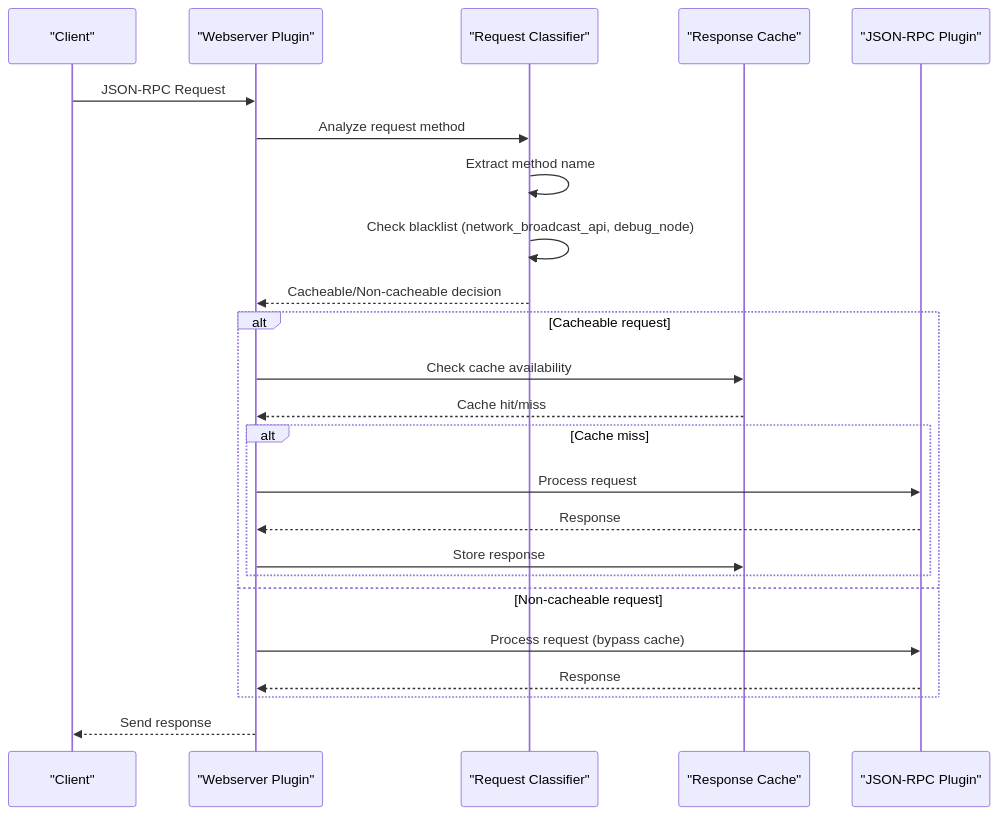
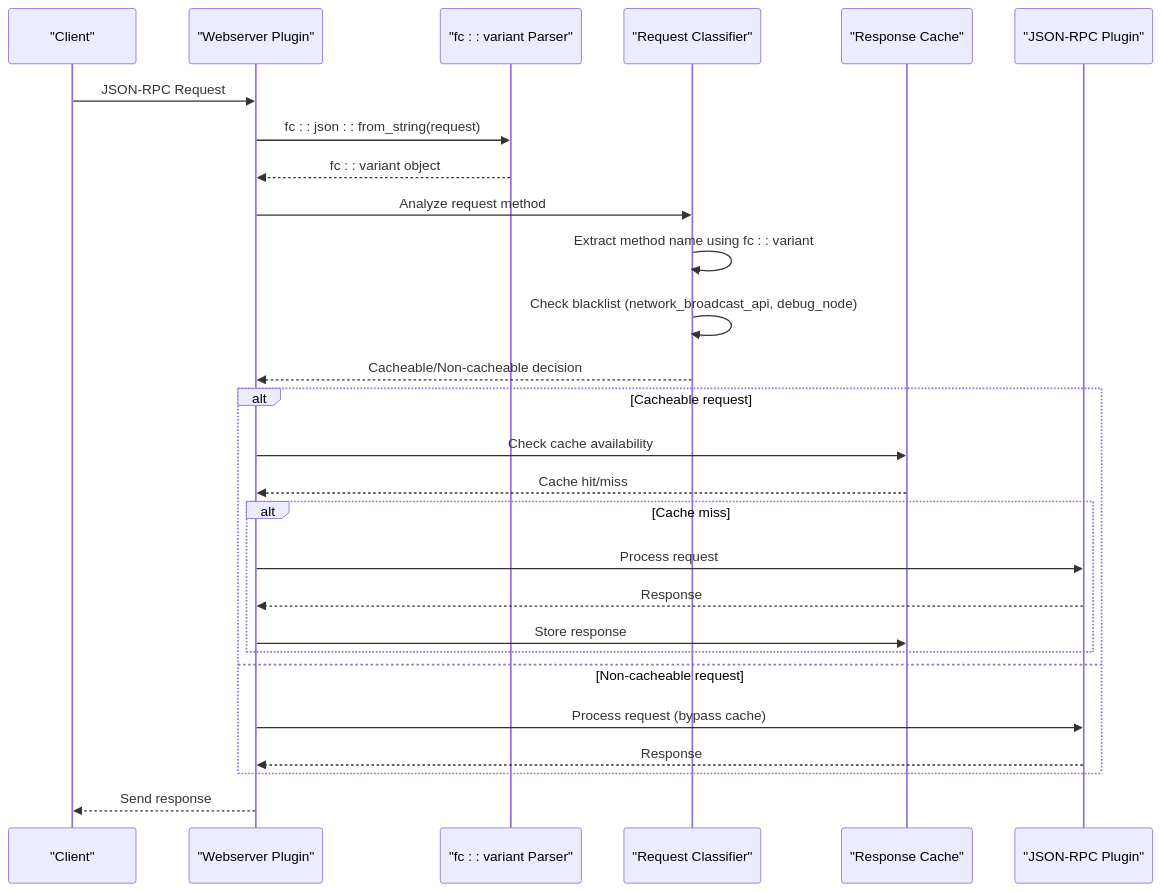
One commit to VIZ-Blockchain/viz-cpp-node changed the third of 12 diagrams in .qoder/repowiki/en/content/Webserver Plugin.md. Above: the diagram before and after it, drawn with Mermaid. The commit also changed other lines of this file and 1 other file, not shown here.

First line of the commit message:
perf(webserver): improve JSON-RPC caching with fc::variant-based parsing

````diff
--- a/.qoder/repowiki/en/content/Webserver Plugin.md
+++ b/.qoder/repowiki/en/content/Webserver Plugin.md
@@ -160,26 +165,29 @@
 ```mermaid
 sequenceDiagram
 participant Client as "Client"
 participant Server as "Webserver Plugin"
+participant Parser as "fc : : variant Parser"
 participant Classifier as "Request Classifier"
 participant Cache as "Response Cache"
 participant JSONRPC as "JSON-RPC Plugin"
 Client->>Server : JSON-RPC Request
+Server->>Parser : fc : : json : : from_string(request)
+Parser-->>Server : fc : : variant object
 Server->>Classifier : Analyze request method
-Classifier->>Classifier : Extract method name
+Classifier->>Classifier : Extract method name using fc : : variant
 Classifier->>Classifier : Check blacklist (network_broadcast_api, debug_node)
 Classifier-->>Server : Cacheable/Non-cacheable decision
 alt Cacheable request
 Server->>Cache : Check cache availability
 Cache-->>Server : Cache hit/miss
 alt Cache miss
 Server->>JSONRPC : Process request
 JSONRPC-->>Server : Response
 Server->>Cache : Store response
 end
 else Non-cacheable request
 Server->>JSONRPC : Process request (bypass cache)
 JSONRPC-->>Server : Response
 end
 Server-->>Client : Send response
 ```
````
